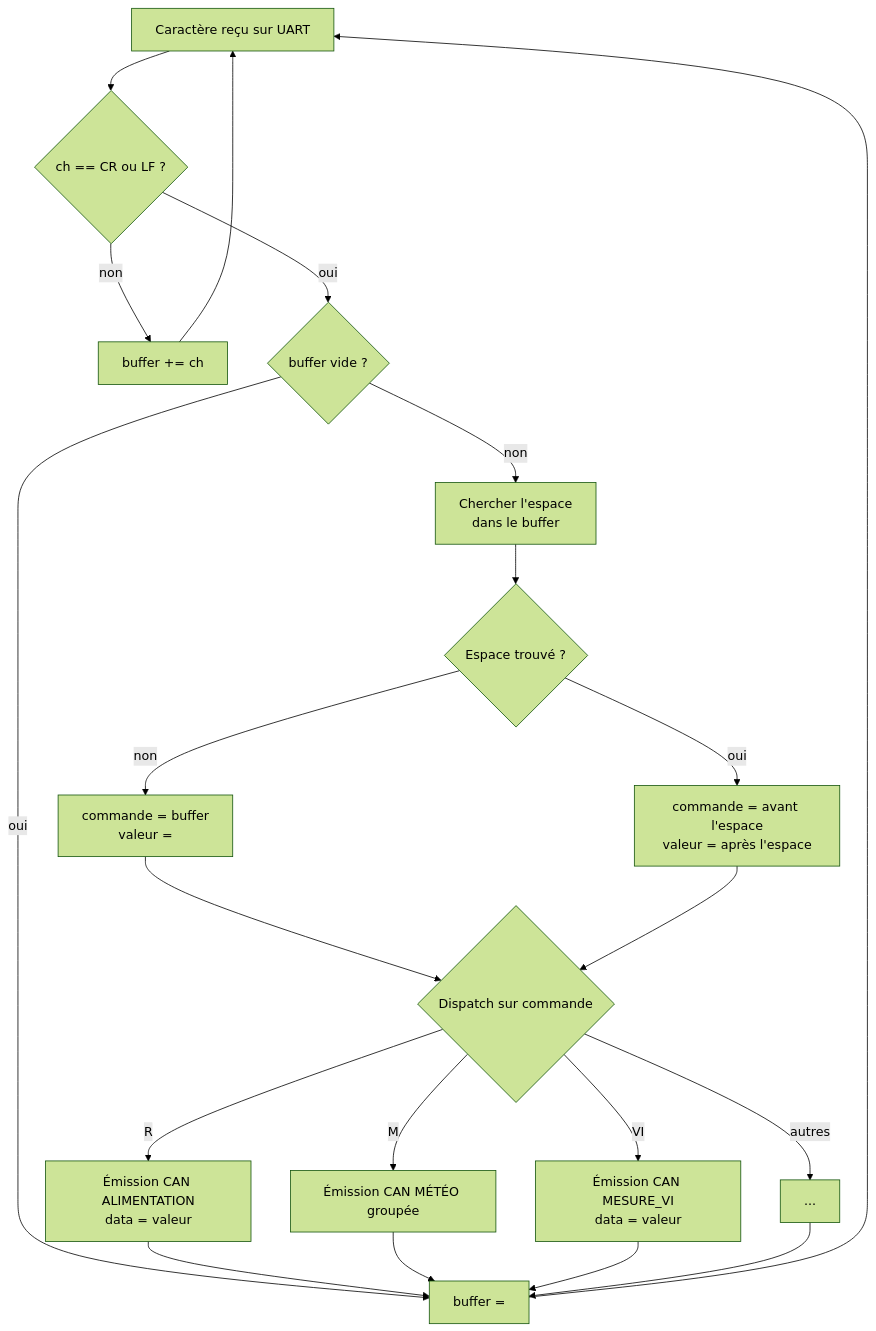
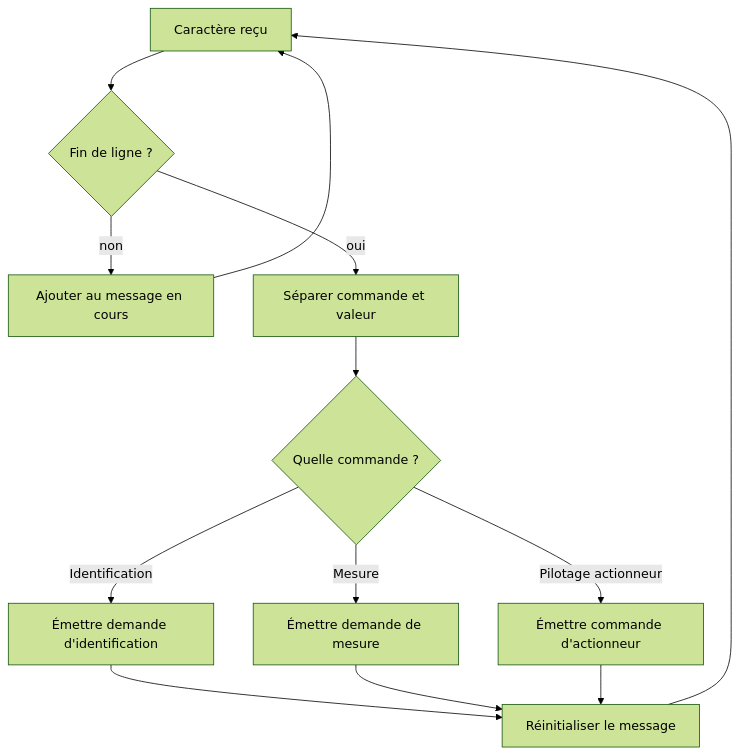
Before and after one commit to baptisteB00/Projet_LAOS: the first of 9 diagrams in docs/serial_protocol.md, drawn with Mermaid (forest theme). The commit also changed other lines of this file and 1 other file, not shown here.

Commit message:
docs : simplification des algorigrammes de réception CAN et série
Réécriture des deux algorigrammes mermaid en vue conceptuelle :
plus aucune référence aux noms de variables ou de fonctions du code,
mais conservation du niveau de détail intermédiaire (ISR vs boucle
principale pour CAN, accumulation + dispatch pour série).

````diff
--- a/docs/serial_protocol.md
+++ b/docs/serial_protocol.md
@@ -77,24 +75,15 @@
 ```mermaid
 flowchart TD
-    START["Caractère reçu sur UART"] --> BUF{"ch == CR ou LF ?"}
-    BUF -->|non| ACC["buffer += ch"]
-    ACC --> START
-    BUF -->|oui| EMPTY{"buffer vide ?"}
-    EMPTY -->|oui| RESET["buffer = """]
-    EMPTY -->|non| SPLIT["Chercher l'espace<br/>dans le buffer"]
-    SPLIT --> HAS{"Espace trouvé ?"}
-    HAS -->|non| C1["commande = buffer<br/>valeur = """]
-    HAS -->|oui| C2["commande = avant l'espace<br/>valeur = après l'espace"]
-    C1 --> DISPATCH
-    C2 --> DISPATCH
-    DISPATCH{"Dispatch sur commande"}
-    DISPATCH -->|R| A1["Émission CAN ALIMENTATION<br/>data = valeur"]
-    DISPATCH -->|M| A2["Émission CAN MÉTÉO groupée"]
-    DISPATCH -->|VI| A3["Émission CAN MESURE_VI<br/>data = valeur"]
-    DISPATCH -->|autres| A4["..."]
-    A1 --> RESET
-    A2 --> RESET
-    A3 --> RESET
-    A4 --> RESET
-    RESET --> START
+    A["Caractère reçu"] --> B{"Fin de ligne ?"}
+    B -->|non| C["Ajouter au message en cours"]
+    C --> A
+    B -->|oui| D["Séparer commande et valeur"]
+    D --> E{"Quelle commande ?"}
+    E -->|Identification| F1["Émettre demande d'identification"]
+    E -->|Mesure| F2["Émettre demande de mesure"]
+    E -->|Pilotage actionneur| F3["Émettre commande d'actionneur"]
+    F1 --> G["Réinitialiser le message"]
+    F2 --> G
+    F3 --> G
+    G --> A
 ```
````
